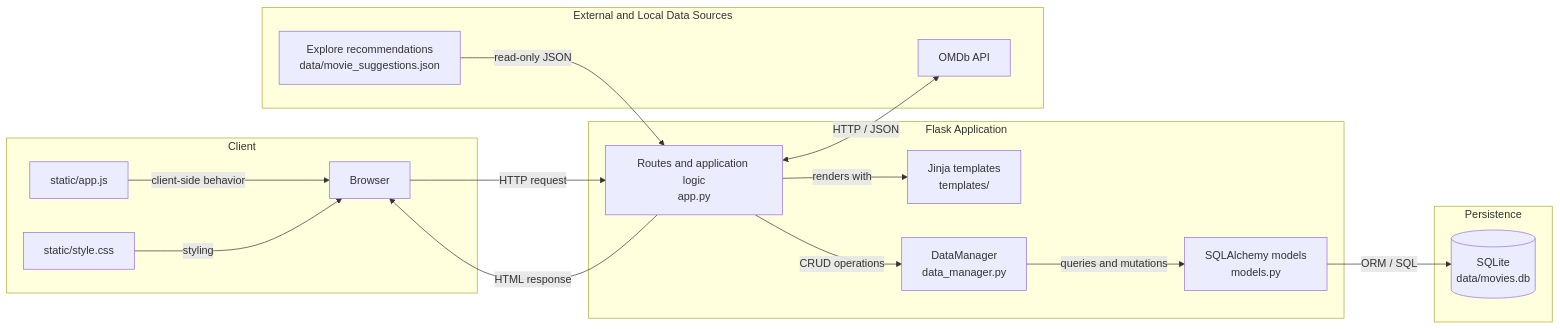
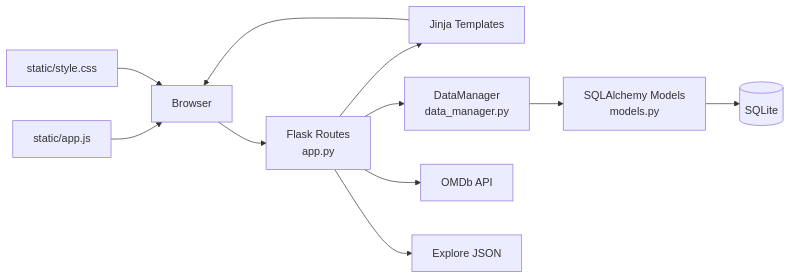
One commit to DanielMS616/MoviWebApp changed the first of 3 diagrams in README.md. Above: the diagram before and after it, drawn with Mermaid. The commit also changed other lines of this file, not shown here.

Commit message:
README new Version

````diff
--- a/README.md
+++ b/README.md
@@ -180,39 +179,16 @@
 ```mermaid
 flowchart LR
-    subgraph CLIENT["Client"]
-        B[Browser]
-        JS[static/app.js]
-        CSS[static/style.css]
+    A[Browser] --> B[Flask Routes<br>app.py]
+    B --> C[Jinja Templates]
+    C --> A
 
-        JS -->|client-side behavior| B
-        CSS -->|styling| B
-    end
+    B --> D[DataManager<br>data_manager.py]
+    D --> E[SQLAlchemy Models<br>models.py]
+    E --> F[(SQLite)]
 
-    subgraph APP["Flask Application"]
-        R[Routes and application logic<br/>app.py]
-        T[Jinja templates<br/>templates/]
-        DM[DataManager<br/>data_manager.py]
-        M[SQLAlchemy models<br/>models.py]
+    B --> G[OMDb API]
+    B --> H[Explore JSON]
 
-        R -->|renders with| T
-        R -->|CRUD operations| DM
-        DM -->|queries and mutations| M
-    end
-
-    subgraph DATA["Persistence"]
-        DB[(SQLite<br/>data/movies.db)]
-    end
-
-    subgraph SOURCES["External and Local Data Sources"]
-        O[OMDb API]
-        E[Explore recommendations<br/>data/movie_suggestions.json]
-    end
-
-    B -->|HTTP request| R
-    R -->|HTML response| B
-
-    M -->|ORM / SQL| DB
-
-    R <-->|HTTP / JSON| O
-    E -->|read-only JSON| R
+    I[static/app.js] --> A
+    J[static/style.css] --> A
 ```
````
